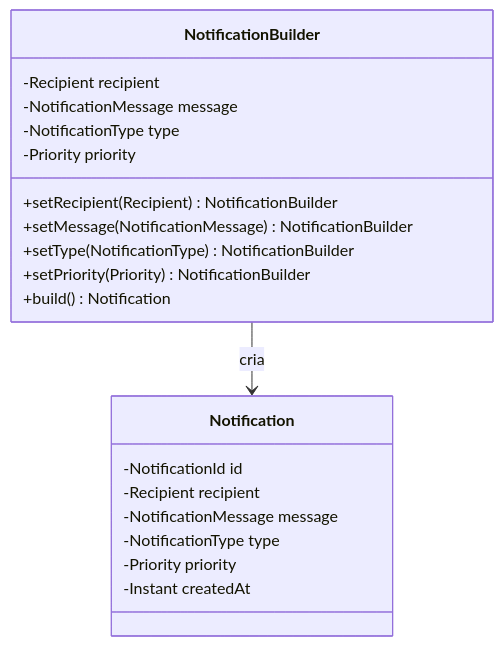
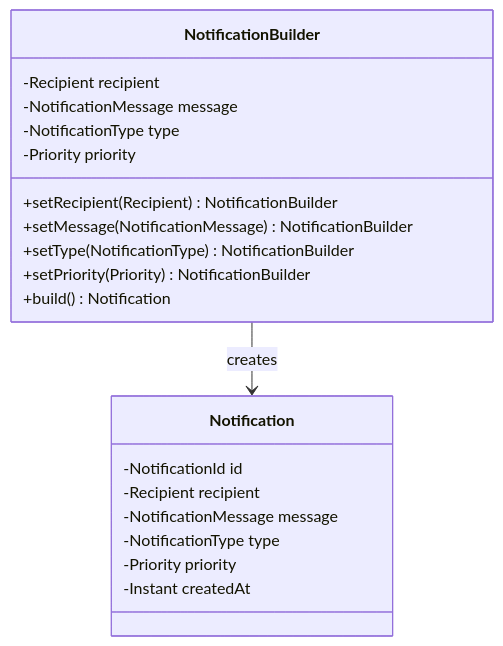
Before and after one commit to Jhonatan-Gutemberg/NotifyHub: the first of 7 diagrams in docs/README.md, drawn with Mermaid. The commit also changed other lines of this file, not shown here.

````diff
--- a/docs/README.md
+++ b/docs/README.md
@@ -51,25 +51,25 @@
 ```mermaid
 classDiagram
     class NotificationBuilder {
         -Recipient recipient
         -NotificationMessage message
         -NotificationType type
         -Priority priority
         +setRecipient(Recipient) NotificationBuilder
         +setMessage(NotificationMessage) NotificationBuilder
         +setType(NotificationType) NotificationBuilder
         +setPriority(Priority) NotificationBuilder
         +build() Notification
     }
     
     class Notification {
         -NotificationId id
         -Recipient recipient
         -NotificationMessage message
         -NotificationType type
         -Priority priority
         -Instant createdAt
     }
     
-    NotificationBuilder --> Notification : cria
+    NotificationBuilder --> Notification : creates
 ```
````
